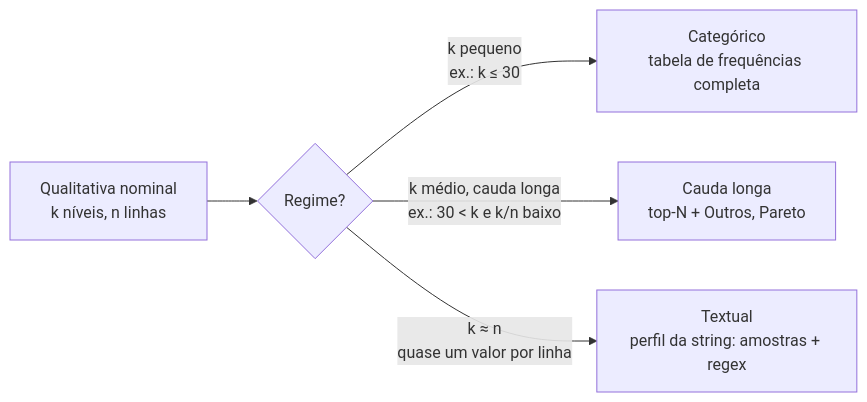
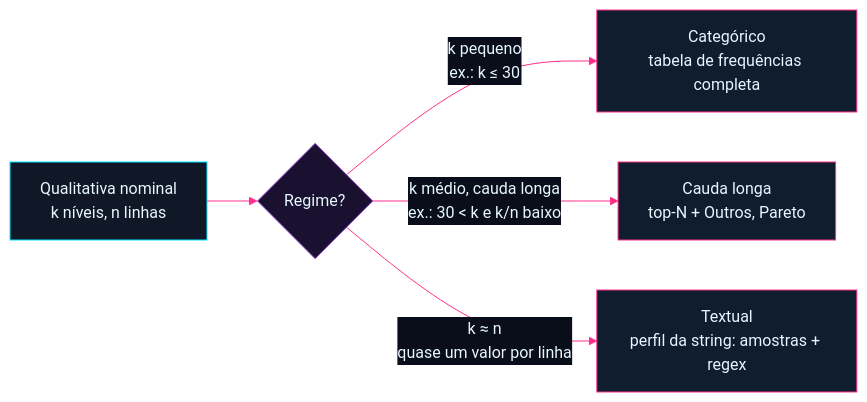
The second of 2 diagrams in docs/fluxo-de-analises.md (SamNKB/maat), drawn with Mermaid before and after one commit. The commit also changed other lines of this file and 3 other files, not shown here.

````diff
--- a/docs/fluxo-de-analises.md
+++ b/docs/fluxo-de-analises.md
@@ -107,7 +119,15 @@
 ```mermaid
+%%{init: {'theme':'base','themeVariables':{'primaryColor':'#101828','primaryTextColor':'#E6F7FF','primaryBorderColor':'#00E5FF','lineColor':'#FF2E88','textColor':'#E6F7FF','edgeLabelBackground':'#0A0E1A','fontFamily':'Rajdhani, Segoe UI, sans-serif'}}}%%
 flowchart LR
     A[Qualitativa nominal<br/>k níveis, n linhas] --> B{Regime?}
     B -->|k pequeno<br/>ex.: k ≤ 30| C[Categórico<br/>tabela de frequências completa]
     B -->|k médio, cauda longa<br/>ex.: 30 < k e k/n baixo| D[Cauda longa<br/>top-N + Outros, Pareto]
     B -->|k ≈ n<br/>quase um valor por linha| E[Textual<br/>perfil da string: amostras + regex]
+
+    classDef tipo fill:#101828,stroke:#00E5FF,color:#E6F7FF
+    classDef decisao fill:#1A1030,stroke:#9D4EDD,color:#E6F7FF
+    classDef regime fill:#0F1D2E,stroke:#FF2E88,color:#E6F7FF
+    class A tipo
+    class B decisao
+    class C,D,E regime
 ```
````
